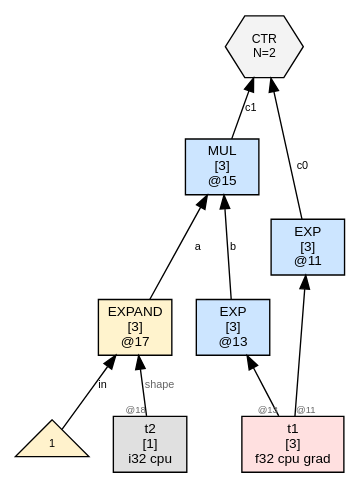
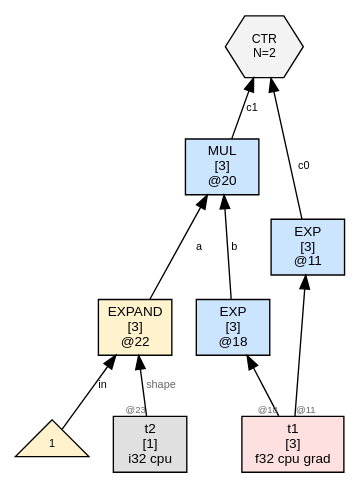
One commit to sw1sh/TinyHVM changed the diagram in wl/examples/thvm_graphs/grad_rules/exp/thvm_1_post_reduce.dot. Above: the diagram before and after it, drawn with Graphviz. The commit also changed 156 other files, not shown here.

First line of the commit message:
grad: migrate mk() to UOP_GRAD2; all 50 rule tests flow through new path

```diff
--- a/wl/examples/thvm_graphs/grad_rules/exp/thvm_1_post_reduce.dot
+++ b/wl/examples/thvm_graphs/grad_rules/exp/thvm_1_post_reduce.dot
@@ -1,22 +1,22 @@
 digraph G {
   rankdir=BT;
   node [fontname="Helvetica", fontsize=10, style=filled, shape=box, margin="0.1,0.05"];
   edge [fontsize=8, fontname="Helvetica"];
 
-  n15 [label="MUL\n[3]\n@15", shape=box, fillcolor="#cce5ff"];
-  n17 -> n15 [label="a"];
-  n13 -> n15 [label="b"];
   n11 [label="EXP\n[3]\n@11", shape=box, fillcolor="#cce5ff"];
   t1 [label="t1\n[3]\nf32 cpu grad",shape=box,fillcolor="#ffe0e0"];
   t1 -> n11 [label="",taillabel="@11",labelfontsize=7,fontcolor="#666666"];
-  ctr6 [label="CTR\nN=2", shape=hexagon, fillcolor="#f3f3f3", fontsize=9];
-  n11 -> ctr6 [label="c0"];
-  n15 -> ctr6 [label="c1"];
-  n17 [label="EXPAND\n[3]\n@17", shape=box, fillcolor="#fff3cd"];
-  num17_0 [label="1",shape=triangle,fillcolor="#fff2cc",fontsize=8];
-  num17_0 -> n17 [label="in"];
+  n20 [label="MUL\n[3]\n@20", shape=box, fillcolor="#cce5ff"];
+  n22 -> n20 [label="a"];
+  n18 -> n20 [label="b"];
+  ctr8 [label="CTR\nN=2", shape=hexagon, fillcolor="#f3f3f3", fontsize=9];
+  n11 -> ctr8 [label="c0"];
+  n20 -> ctr8 [label="c1"];
+  n22 [label="EXPAND\n[3]\n@22", shape=box, fillcolor="#fff3cd"];
+  num22_0 [label="1",shape=triangle,fillcolor="#fff2cc",fontsize=8];
+  num22_0 -> n22 [label="in"];
   t2 [label="t2\n[1]\ni32 cpu",shape=box,fillcolor="#e0e0e0"];
-  t2 -> n17 [label="shape",taillabel="@18",labelfontsize=7,fontcolor="#666666"];
-  n13 [label="EXP\n[3]\n@13", shape=box, fillcolor="#cce5ff"];
-  t1 -> n13 [label="",taillabel="@13",labelfontsize=7,fontcolor="#666666"];
+  t2 -> n22 [label="shape",taillabel="@23",labelfontsize=7,fontcolor="#666666"];
+  n18 [label="EXP\n[3]\n@18", shape=box, fillcolor="#cce5ff"];
+  t1 -> n18 [label="",taillabel="@18",labelfontsize=7,fontcolor="#666666"];
 }
```
